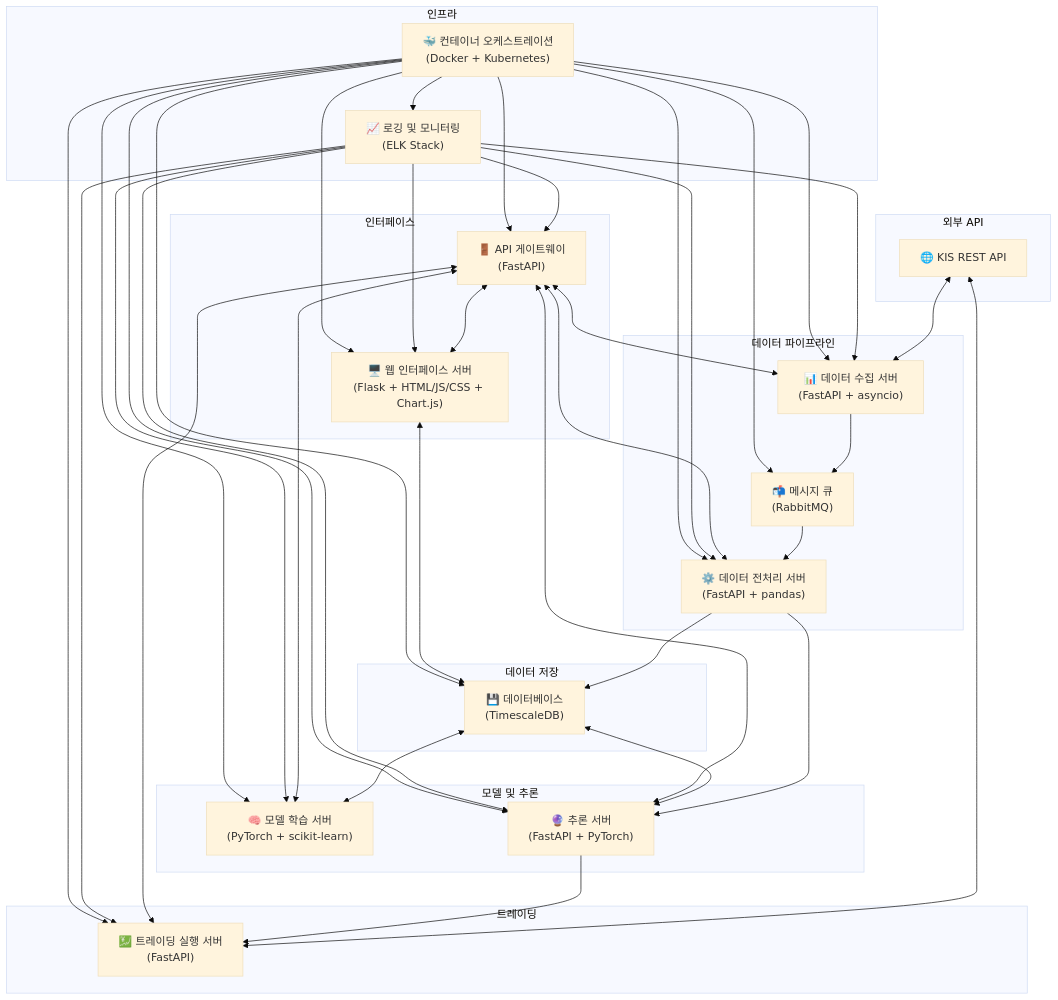
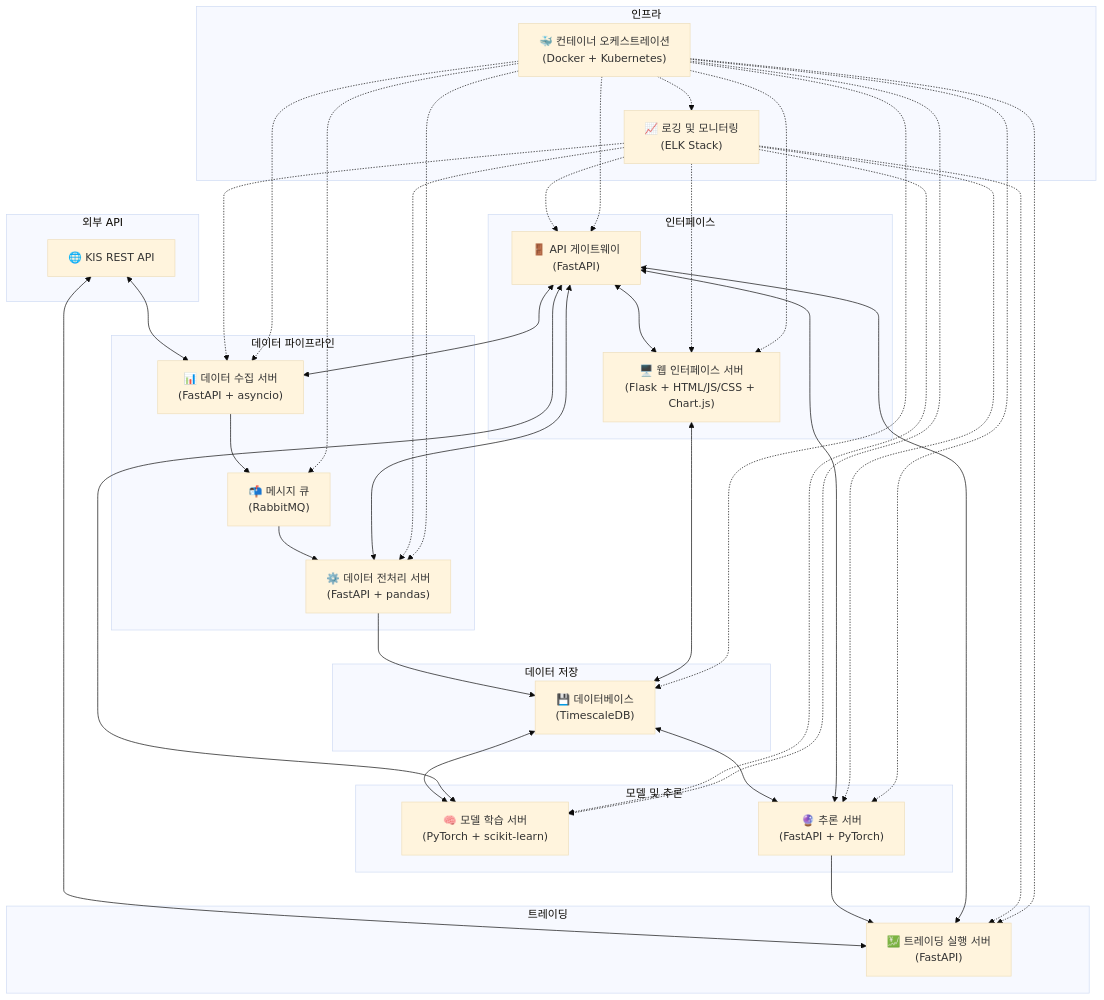
Before and after one commit to zihwaan/RLtradingbot: the first of 2 diagrams in README.md, drawn with Mermaid (base theme).

Commit message:
dosc: Update README.md

````diff
--- a/README.md
+++ b/README.md
@@ -57,70 +57,69 @@
 ```mermaid
 graph TD
     subgraph "외부 API"
         KIS["🌐 KIS REST API"]
     end
 
     subgraph "데이터 파이프라인"
         A["📊 데이터 수집 서버<br>(FastAPI + asyncio)"]
         B["⚙️ 데이터 전처리 서버<br>(FastAPI + pandas)"]
         I["📬 메시지 큐<br>(RabbitMQ)"]
     end
 
     subgraph "데이터 저장"
         C["💾 데이터베이스<br>(TimescaleDB)"]
     end
 
     subgraph "모델 및 추론"
         D["🧠 모델 학습 서버<br>(PyTorch + scikit-learn)"]
         E["🔮 추론 서버<br>(FastAPI + PyTorch)"]
     end
 
     subgraph "트레이딩"
         F["💹 트레이딩 실행 서버<br>(FastAPI)"]
     end
 
     subgraph "인터페이스"
         G["🚪 API 게이트웨이<br>(FastAPI)"]
         H["🖥️ 웹 인터페이스 서버<br>(Flask + HTML/JS/CSS + Chart.js)"]
     end
 
     subgraph "인프라"
         J["📈 로깅 및 모니터링<br>(ELK Stack)"]
         K["🐳 컨테이너 오케스트레이션<br>(Docker + Kubernetes)"]
     end
 
     %% 연결
     KIS <--> A
     KIS <--> F
     A --> I
     I --> B
     B --> C
-    B --> E
     C <--> D
     C <--> E
     E --> F
     G <--> A
     G <--> B
     G <--> D
     G <--> E
     G <--> F
     G <--> H
     H <--> C
-    J --> A
-    J --> B
-    J --> D
-    J --> E
-    J --> F
-    J --> G
-    J --> H
-    K --> A
-    K --> B
-    K --> C
-    K --> D
-    K --> E
-    K --> F
-    K --> G
-    K --> H
-    K --> I
-    K --> J
+    J -.-> A
+    J -.-> B
+    J -.-> D
+    J -.-> E
+    J -.-> F
+    J -.-> G
+    J -.-> H
+    K -.-> A
+    K -.-> B
+    K -.-> C
+    K -.-> D
+    K -.-> E
+    K -.-> F
+    K -.-> G
+    K -.-> H
+    K -.-> I
+    K -.-> J
 ```
````
